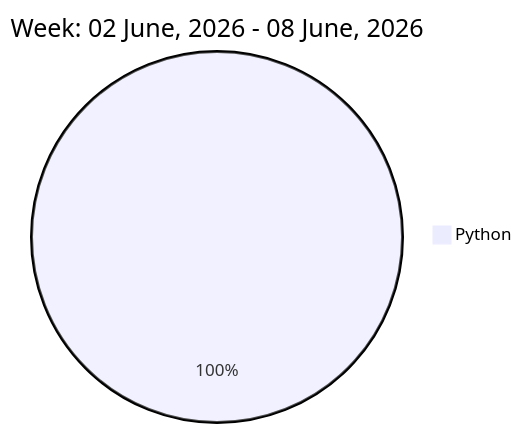
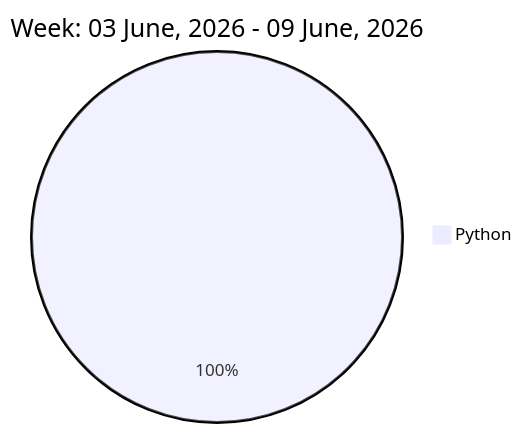
The diagram in README.md (liubin95/liubin95), drawn with Mermaid before and after one commit.

Commit message:
Updated the Graph with new Metrics

````diff
--- a/README.md
+++ b/README.md
@@ -32,5 +32,5 @@
 ```mermaid
  pie
-title Week: 02 June, 2026 - 08 June, 2026
- "Python" : 12.15
+title Week: 03 June, 2026 - 09 June, 2026
+ "Python" : 10.62
 ```
````
